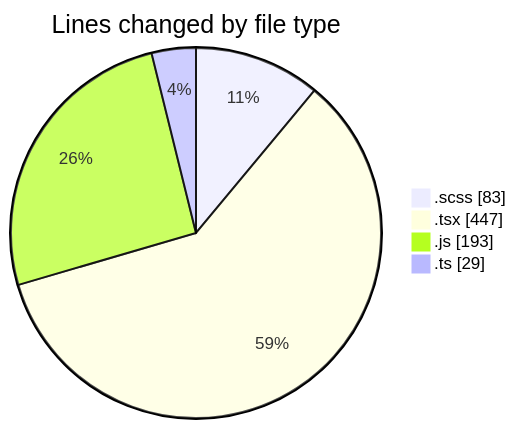
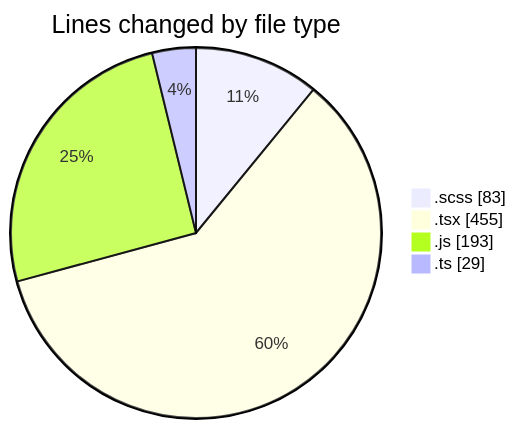
Before and after one commit to momahboobian/code-tracking: the first of 2 diagrams in 2025-03-14/cda/README.md, drawn with Mermaid. The commit also changed other lines of this file and 1 other file, not shown here.

````diff
--- a/2025-03-14/cda/README.md
+++ b/2025-03-14/cda/README.md
@@ -27,8 +27,8 @@
 ```mermaid
 pie showData
 title Lines changed by file type
 ".scss" : 83
-".tsx" : 447
+".tsx" : 455
 ".js" : 193
 ".ts" : 29
 ```
````
